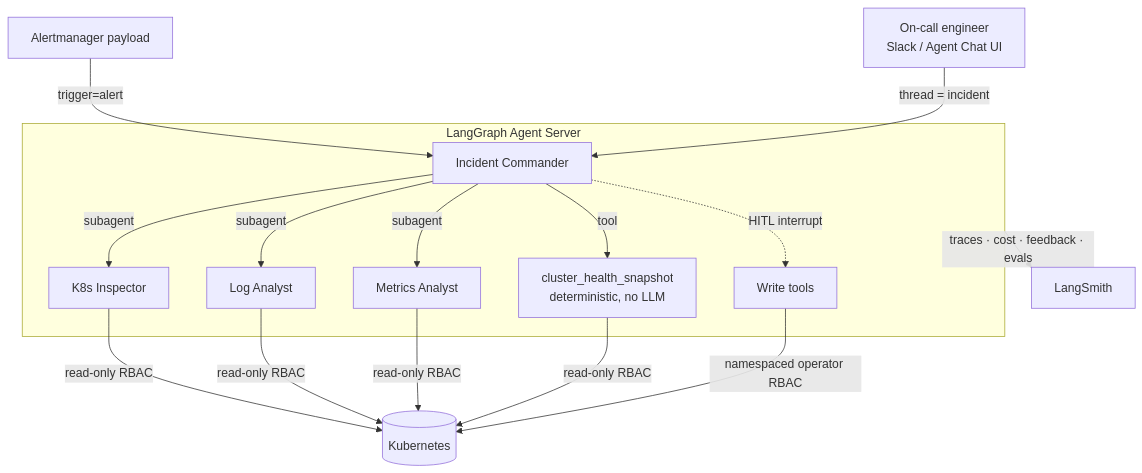
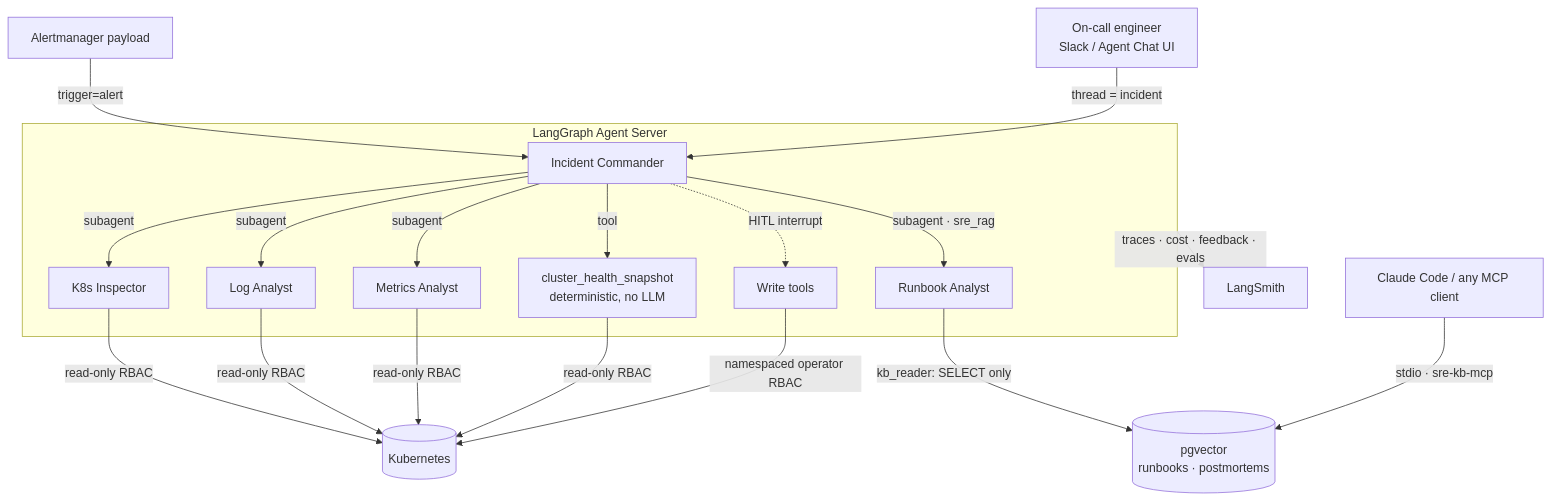
Before and after one commit to alan-mas/sre-agent: the diagram in README.md, drawn with Mermaid. The commit also changed other lines of this file and 6 other files, not shown here.

````diff
--- a/README.md
+++ b/README.md
@@ -20,16 +20,19 @@
 ```mermaid
 flowchart TD
     A[Alertmanager payload] -->|trigger=alert| IC
     U[On-call engineer<br/>Slack / Agent Chat UI] -->|thread = incident| IC
     subgraph LG[LangGraph Agent Server]
       IC[Incident Commander]
       IC -->|tool| S[cluster_health_snapshot<br/>deterministic, no LLM]
       IC -->|subagent| K[K8s Inspector]
       IC -->|subagent| L[Log Analyst]
       IC -->|subagent| M[Metrics Analyst]
+      IC -->|subagent · sre_rag| R[Runbook Analyst]
       IC -.->|HITL interrupt| W[Write tools]
     end
     K & L & M & S -->|read-only RBAC| C[(Kubernetes)]
+    R -->|kb_reader: SELECT only| KB[(pgvector<br/>runbooks · postmortems)]
+    CC[Claude Code / any MCP client] -->|stdio · sre-kb-mcp| KB
     W -->|namespaced operator RBAC| C
     LG -->|traces · cost · feedback · evals| LS[LangSmith]
 ```
````
